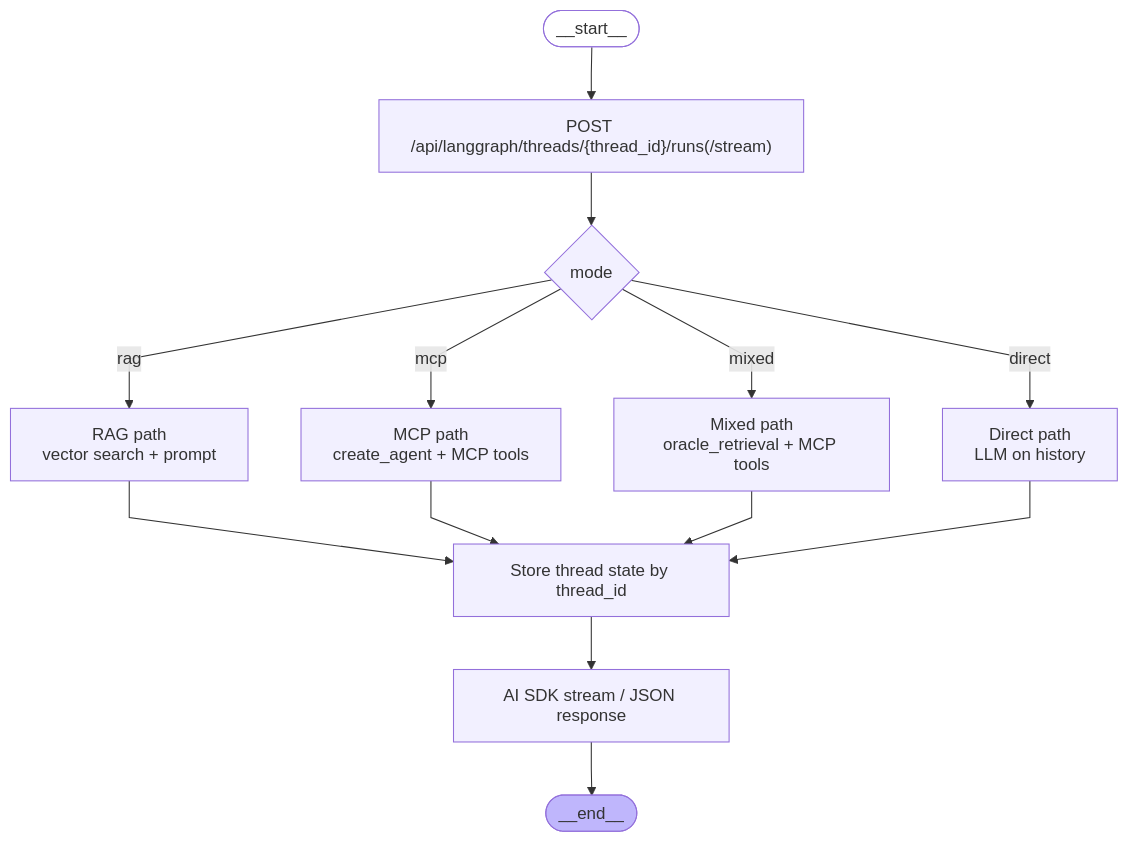
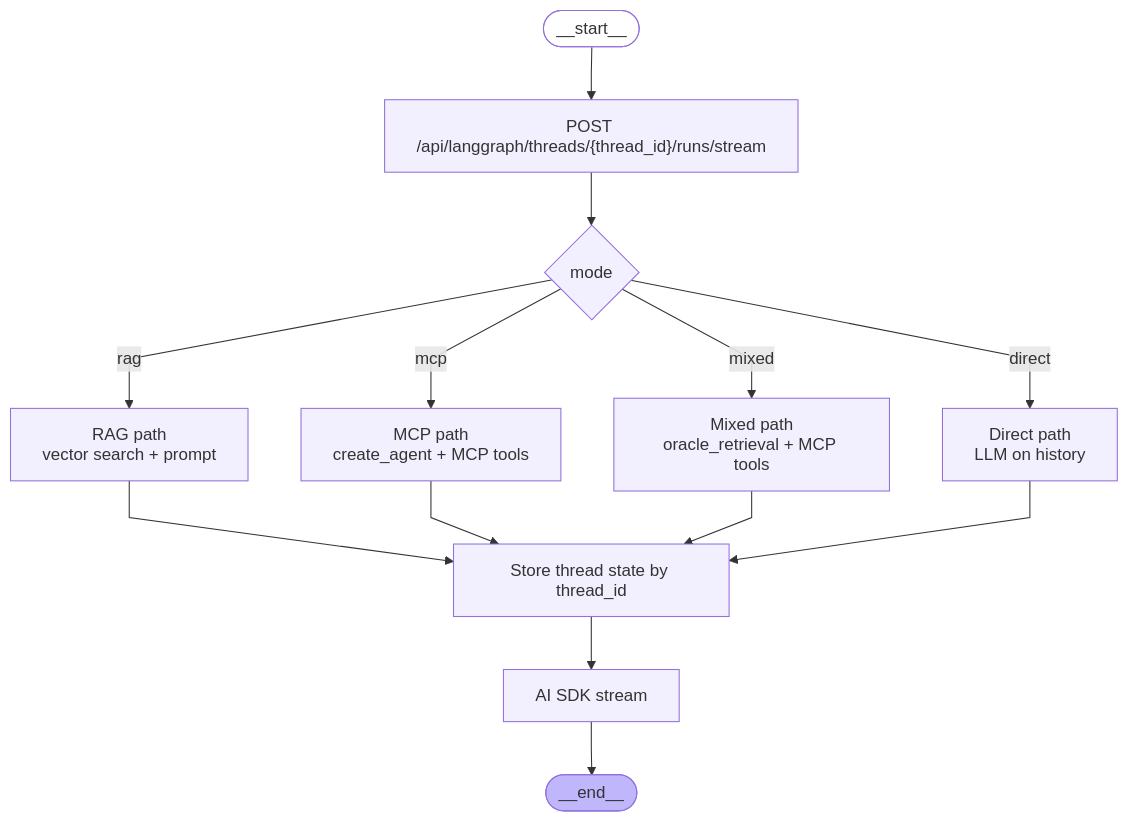
One commit to varunyn/Oracle-26ai-LangChain-RAG changed the first of 2 diagrams in docs/README.md. Above: the diagram before and after it, drawn with Mermaid. The commit also changed 28 other files, not shown here.

Commit message:
Remove non-stream chat run endpoint

````diff
--- a/docs/README.md
+++ b/docs/README.md
@@ -35,33 +35,33 @@
 ```mermaid
 ---
 config:
   flowchart:
     curve: linear
 ---
 graph TD;
     __start__([<p>__start__</p>]):::first
-    ChatRequest["POST /api/langgraph/threads/{thread_id}/runs(/stream)"]
+    ChatRequest["POST /api/langgraph/threads/{thread_id}/runs/stream"]
     Mode{"mode"}
     RAG["RAG path<br/>vector search + prompt"]
     MCP["MCP path<br/>create_agent + MCP tools"]
     Mixed["Mixed path<br/>oracle_retrieval + MCP tools"]
     Direct["Direct path<br/>LLM on history"]
     Persist["Store thread state by thread_id"]
-    Stream["AI SDK stream / JSON response"]
+    Stream["AI SDK stream"]
     __end__([<p>__end__</p>]):::last
     __start__ --> ChatRequest
     ChatRequest --> Mode
     Mode -->|rag| RAG
     Mode -->|mcp| MCP
     Mode -->|mixed| Mixed
     Mode -->|direct| Direct
     RAG --> Persist
     MCP --> Persist
     Mixed --> Persist
     Direct --> Persist
     Persist --> Stream
     Stream --> __end__
     classDef default fill:#f2f0ff,line-height:1.2
     classDef first fill-opacity:0
     classDef last fill:#bfb6fc
 ```
````
